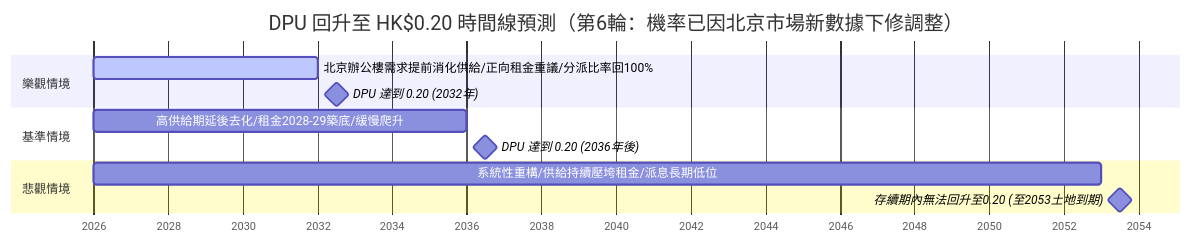
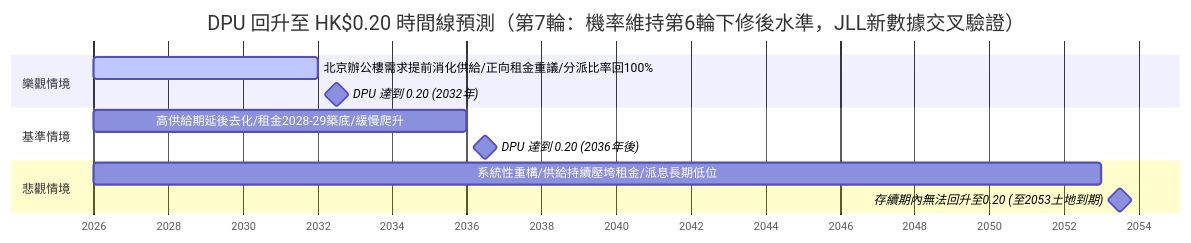
Before and after one commit to a9303001/FinancialReport: the diagram in 01426春泉Reit/hourAnalysisResult.md, drawn with Mermaid. The commit also changed other lines of this file, not shown here.

````diff
--- a/01426春泉Reit/hourAnalysisResult.md
+++ b/01426春泉Reit/hourAnalysisResult.md
@@ -104,18 +106,18 @@
 ```mermaid
 gantt
-    title DPU 回升至 HK$0.20 時間線預測（第6輪：機率已因北京市場新數據下修調整）
+    title DPU 回升至 HK$0.20 時間線預測（第7輪：機率維持第6輪下修後水準，JLL新數據交叉驗證）
     dateFormat  YYYY
     axisFormat %Y
 
     section 樂觀情境
     北京辦公樓需求提前消化供給/正向租金重議/分派比率回100% : active, 2026, 2032
     DPU 達到 0.20 (2032年) : milestone, 2032, 1y
 
     section 基準情境
     高供給期延後去化/租金2028-29築底/緩慢爬升 : 2026, 2036
     DPU 達到 0.20 (2036年後) : milestone, 2036, 1y
 
     section 悲觀情境
     系統性重構/供給持續壓垮租金/派息長期低位 : 2026, 2053
     存續期內無法回升至0.20 (至2053土地到期) : milestone, 2053, 1y
 ```
````
